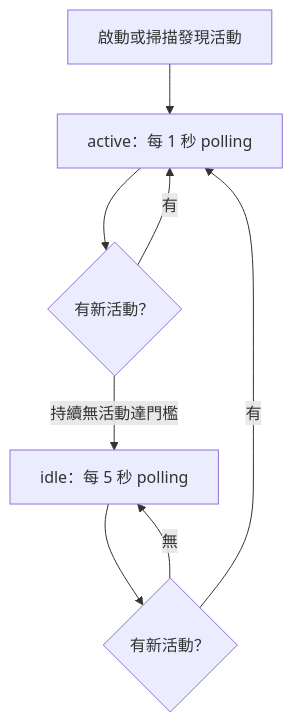
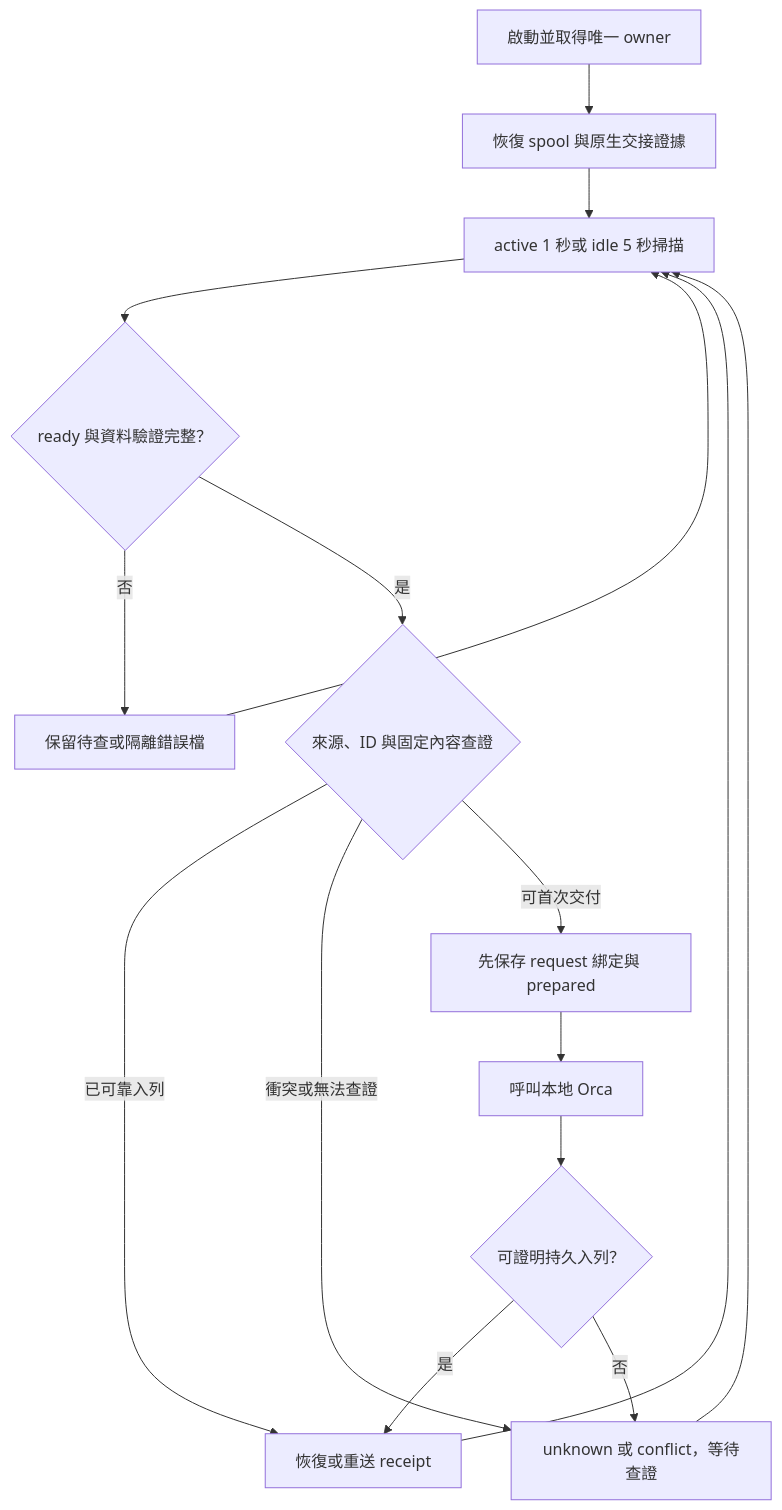
The second of 3 diagrams in research/orca-cross-network-mail-design.md (swchen44/orca), drawn with Mermaid before and after one commit. The commit also changed other lines of this file, not shown here.

````diff
--- a/research/orca-cross-network-mail-design.md
+++ b/research/orca-cross-network-mail-design.md
@@ -95,10 +112,18 @@
 ```mermaid
 flowchart TD
-    S[啟動或掃描發現活動] --> A[active：每 1 秒 polling]
-    A --> C{有新活動？}
-    C -- 有 --> A
-    C -- 持續無活動達門檻 --> I[idle：每 5 秒 polling]
-    I --> D{有新活動？}
-    D -- 有 --> A
-    D -- 無 --> I
+    START[啟動並取得唯一 owner] --> RECOVER[恢復 spool 與原生交接證據]
+    RECOVER --> POLL[active 1 秒或 idle 5 秒掃描]
+    POLL --> COMPLETE{ready 與資料驗證完整？}
+    COMPLETE -- 否 --> RETAIN[保留待查或隔離錯誤檔]
+    RETAIN --> POLL
+    COMPLETE -- 是 --> ID{來源、ID 與固定內容查證}
+    ID -- 已可靠入列 --> RECEIPT[恢復或重送 receipt]
+    ID -- 衝突或無法查證 --> UNKNOWN[unknown 或 conflict，等待查證]
+    ID -- 可首次交付 --> PREP[先保存 request 綁定與 prepared]
+    PREP --> SEND[呼叫本地 Orca]
+    SEND --> RESULT{可證明持久入列？}
+    RESULT -- 是 --> RECEIPT
+    RESULT -- 否 --> UNKNOWN
+    RECEIPT --> POLL
+    UNKNOWN --> POLL
 ```
````
